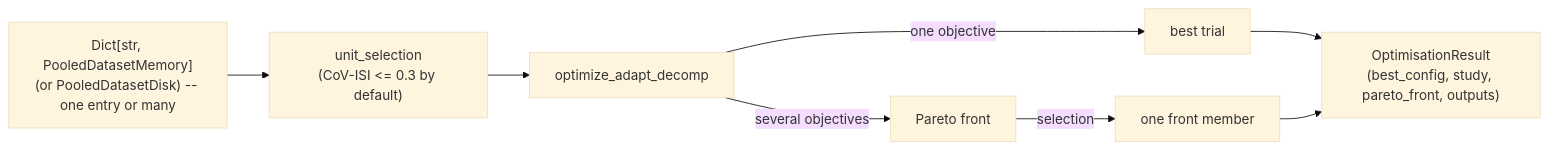
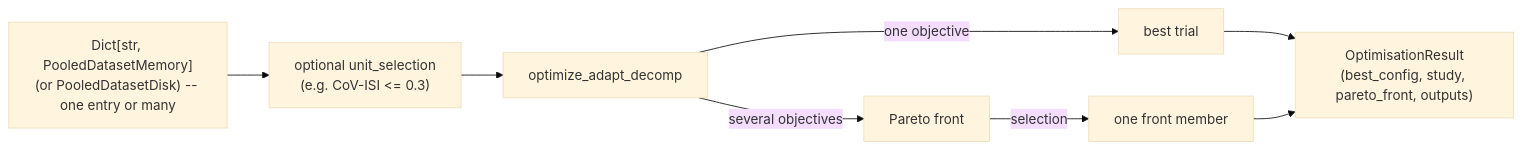
Before and after one commit to imendezguerra/adapt_decomp: the diagram in docs/optimisation.md, drawn with Mermaid (base theme). The commit also changed other lines of this file and 28 other files, not shown here.

````diff
--- a/docs/optimisation.md
+++ b/docs/optimisation.md
@@ -43,10 +43,10 @@
 ```mermaid
 flowchart LR
-    D["Dict[str, PooledDatasetMemory]\n(or PooledDatasetDisk) -- one entry or many"] --> S["unit_selection\n(CoV-ISI <= 0.3 by default)"]
+    D["Dict[str, PooledDatasetMemory]\n(or PooledDatasetDisk) -- one entry or many"] --> S["optional unit_selection\n(e.g. CoV-ISI <= 0.3)"]
     S --> O["optimize_adapt_decomp"]
     O -->|"one objective"| R1["best trial"]
     O -->|"several objectives"| F["Pareto front"]
     F -->|"selection"| R2["one front member"]
     R1 --> B["OptimisationResult\n(best_config, study, pareto_front, outputs)"]
     R2 --> B
 ```
````
